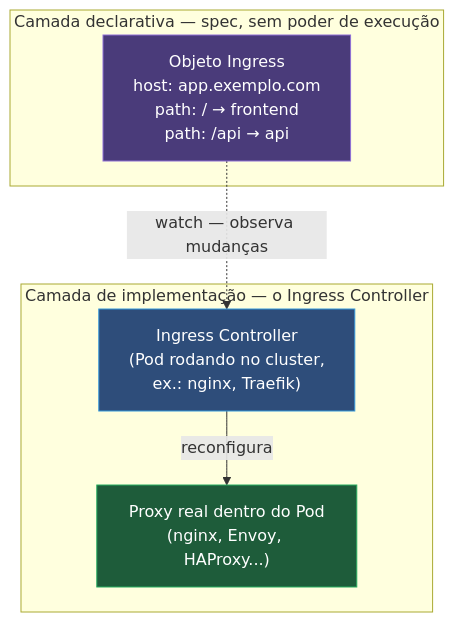
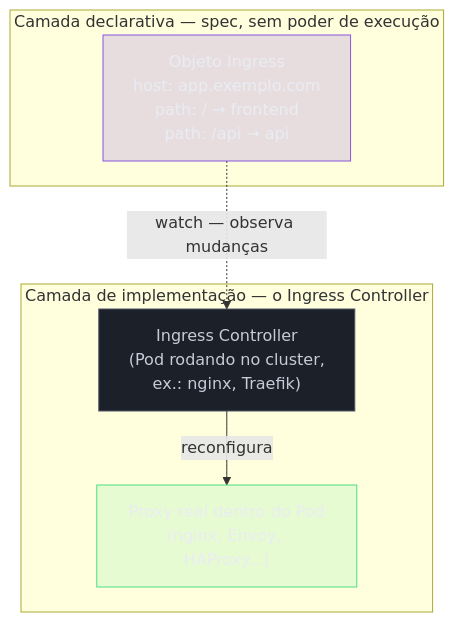
The first of 3 diagrams in 03-Dominios/Tecnologia/Infraestrutura/Kubernetes/15 - Ingress e a borda do cluster.md (josenaldo/codex-technomanticus), drawn with Mermaid before and after one commit. The commit also changed other lines of this file and 1181 other files, not shown here.

First line of the commit message:
fix(diagramas): paleta do sistema no lugar de cor cravada no markdown

````diff
--- a/03-Dominios/Tecnologia/Infraestrutura/Kubernetes/15 - Ingress e a borda do cluster.md
+++ b/03-Dominios/Tecnologia/Infraestrutura/Kubernetes/15 - Ingress e a borda do cluster.md
@@ -29,18 +29,21 @@
 ```mermaid
 graph TB
+    classDef marca fill:#8855DF33,stroke:#8855DF,color:#E9ECF2
+    classDef neutro fill:#1B2029,stroke:#4E5666,color:#C6CCD8
+    classDef ok fill:#4ADE8021,stroke:#4ADE80,color:#E9ECF2
     subgraph Decl["Camada declarativa — spec, sem poder de execução"]
         ING["Objeto Ingress<br/>host: app.exemplo.com<br/>path: / → frontend<br/>path: /api → api"]
     end
 
     subgraph Impl["Camada de implementação — o Ingress Controller"]
         CTRL["Ingress Controller<br/>(Pod rodando no cluster,<br/>ex.: nginx, Traefik)"]
         PROXY["Proxy real dentro do Pod<br/>(nginx, Envoy, HAProxy...)"]
     end
 
     ING -.->|"watch — observa mudanças"| CTRL
     CTRL -->|"reconfigura"| PROXY
 
-    style ING fill:#4a3b7a,stroke:#8e6fd6,color:#fff
-    style CTRL fill:#2e4d7a,stroke:#3498db,color:#fff
-    style PROXY fill:#1e5c3a,stroke:#27ae60,color:#fff
+    class ING marca
+    class CTRL neutro
+    class PROXY ok
 ```
````
